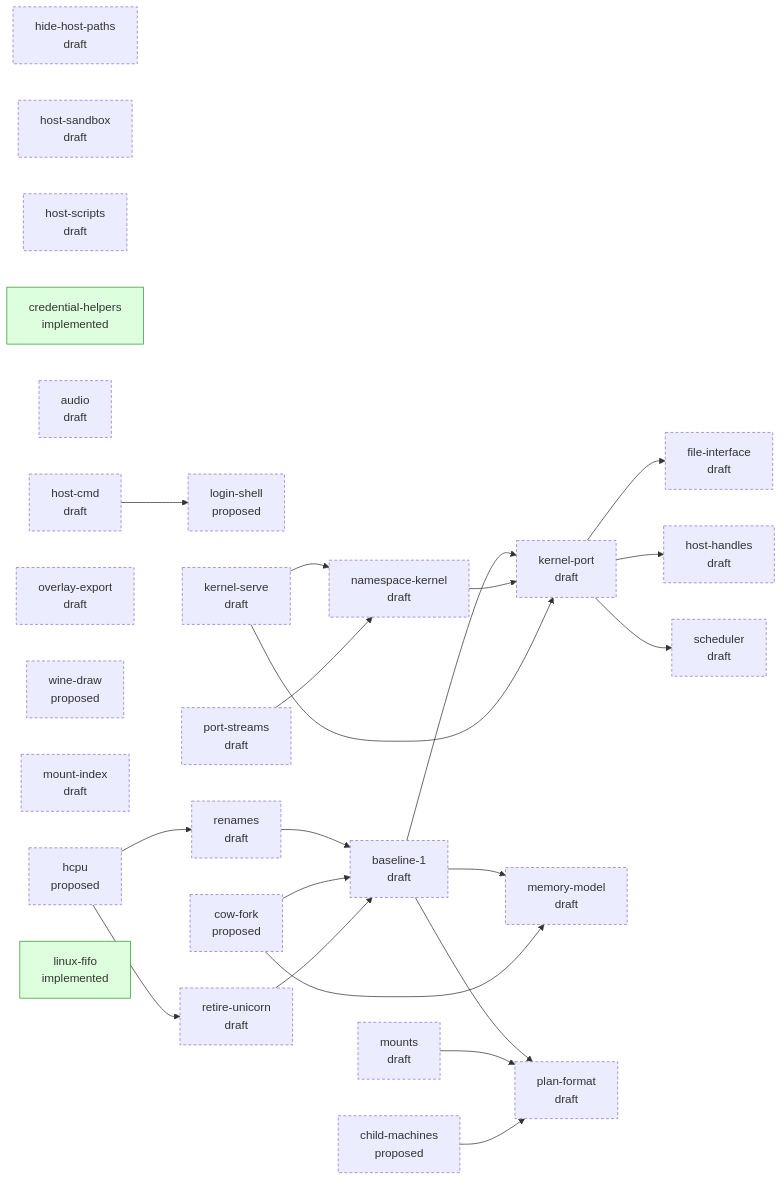
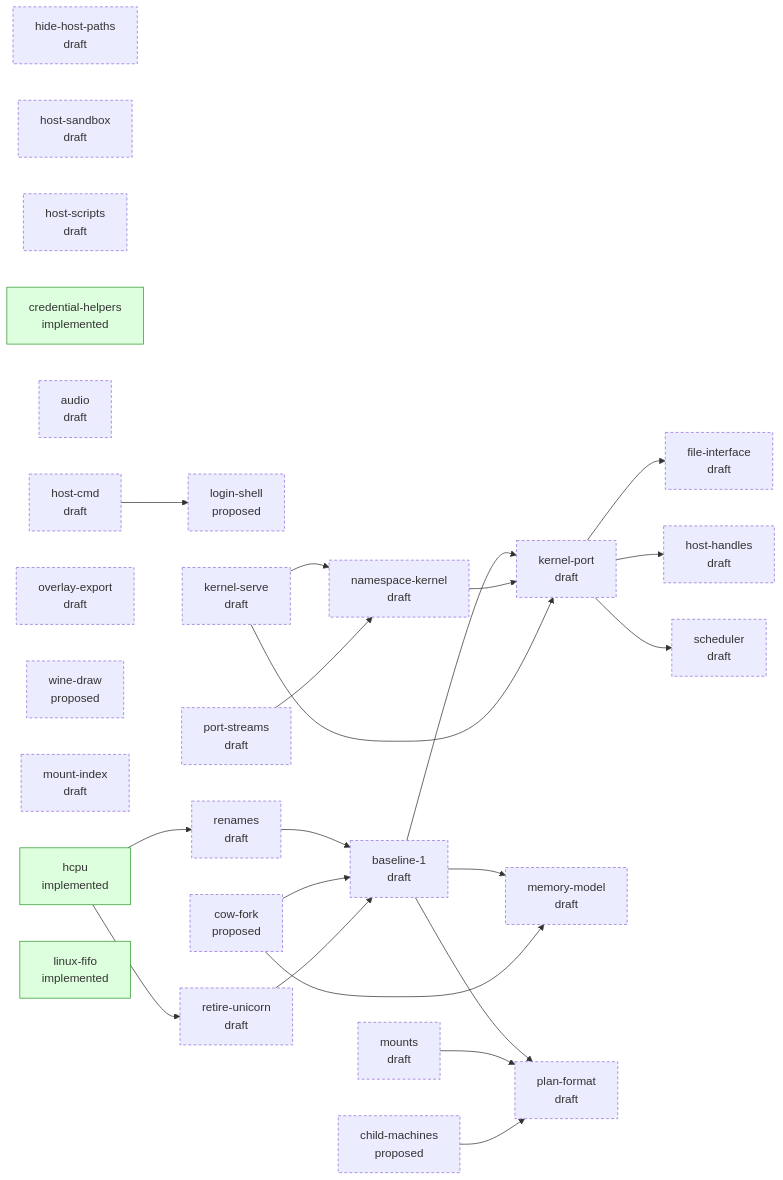
The diagram in design/STATUS.md (progrium/hyper9), drawn with Mermaid before and after one commit. The commit also changed other lines of this file, not shown here.

````diff
--- a/design/STATUS.md
+++ b/design/STATUS.md
@@ -37,53 +37,53 @@
 ```mermaid
 flowchart LR
   classDef draft stroke-dasharray: 4 3
   classDef accepted stroke-width: 2px
   classDef implemented fill:#dfd,stroke:#393
   classDef closed fill:#eee,stroke:#999,color:#777
   p_hide_host_paths["hide-host-paths<br/>draft"]:::draft
   p_host_sandbox["host-sandbox<br/>draft"]:::draft
   p_host_scripts["host-scripts<br/>draft"]:::draft
   p_credential_helpers["credential-helpers<br/>implemented"]:::implemented
   p_audio["audio<br/>draft"]:::draft
   p_host_cmd["host-cmd<br/>draft"]:::draft
   p_overlay_export["overlay-export<br/>draft"]:::draft
   p_login_shell["login-shell<br/>proposed"]:::draft
   p_child_machines["child-machines<br/>proposed"]:::draft
   p_cow_fork["cow-fork<br/>proposed"]:::draft
   p_wine_draw["wine-draw<br/>proposed"]:::draft
   p_mount_index["mount-index<br/>draft"]:::draft
-  p_hcpu["hcpu<br/>proposed"]:::draft
+  p_hcpu["hcpu<br/>implemented"]:::implemented
   p_kernel_serve["kernel-serve<br/>draft"]:::draft
   p_namespace_kernel["namespace-kernel<br/>draft"]:::draft
   p_port_streams["port-streams<br/>draft"]:::draft
   p_linux_fifo["linux-fifo<br/>implemented"]:::implemented
   p_mounts["mounts<br/>draft"]:::draft
   p_baseline_1["baseline-1<br/>draft"]:::draft
   p_file_interface["file-interface<br/>draft"]:::draft
   p_host_handles["host-handles<br/>draft"]:::draft
   p_kernel_port["kernel-port<br/>draft"]:::draft
   p_memory_model["memory-model<br/>draft"]:::draft
   p_plan_format["plan-format<br/>draft"]:::draft
   p_renames["renames<br/>draft"]:::draft
   p_retire_unicorn["retire-unicorn<br/>draft"]:::draft
   p_scheduler["scheduler<br/>draft"]:::draft
   p_host_cmd --> p_login_shell
   p_kernel_serve --> p_namespace_kernel
   p_port_streams --> p_namespace_kernel
   p_renames --> p_baseline_1
   p_cow_fork --> p_baseline_1
   p_retire_unicorn --> p_baseline_1
   p_kernel_port --> p_file_interface
   p_kernel_port --> p_host_handles
   p_baseline_1 --> p_kernel_port
   p_namespace_kernel --> p_kernel_port
   p_kernel_serve --> p_kernel_port
   p_baseline_1 --> p_memory_model
   p_cow_fork --> p_memory_model
   p_baseline_1 --> p_plan_format
   p_mounts --> p_plan_format
   p_child_machines --> p_plan_format
   p_hcpu --> p_renames
   p_hcpu --> p_retire_unicorn
   p_kernel_port --> p_scheduler
 ```
````
